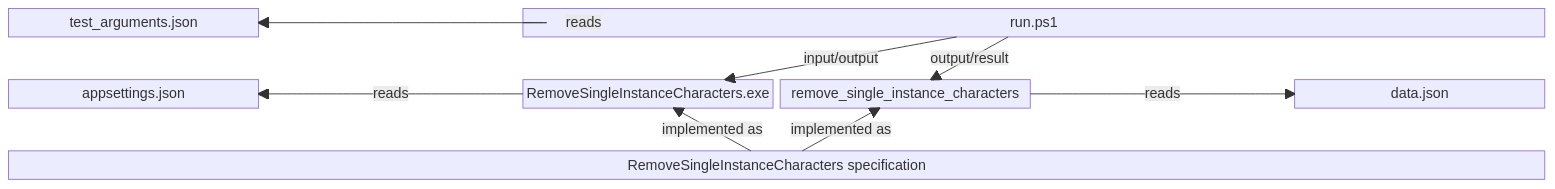
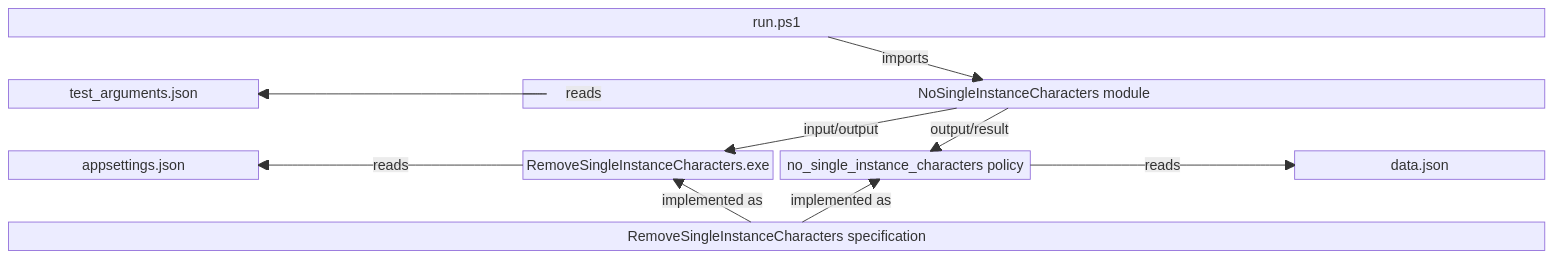
One commit to SignalRichard/dotnet-console-interview-example changed the diagram in README.md. Above: the diagram before and after it, drawn with Mermaid.

````diff
--- a/README.md
+++ b/README.md
@@ -54,16 +54,19 @@
 ```mermaid
 block-beta
 columns 6
-  args["test_arguments.json"] space script["run.ps1"]:4
+  script["run.ps1"]:6
   space:6
-  appsettings["appsettings.json"] space app["RemoveSingleInstanceCharacters.exe"] opa["remove_single_instance_characters"] space data["data.json"]
+  args["test_arguments.json"] space module["NoSingleInstanceCharacters module"]:4
+  space:6
+  appsettings["appsettings.json"] space app["RemoveSingleInstanceCharacters.exe"] opa["no_single_instance_characters policy"] space data["data.json"]
   space:6
   spec["RemoveSingleInstanceCharacters specification"]:6
-  script-- "reads" -->args
-  script-- "input/output" -->app
-  script-- "output/result" -->opa
+  script-- "imports" -->module
+  module-- "reads" -->args
+  module-- "input/output" -->app
+  module-- "output/result" -->opa
   app-- "reads" -->appsettings
   opa-- "reads" -->data
   spec-- "implemented as" -->app
   spec-- "implemented as" -->opa
 ```
````
